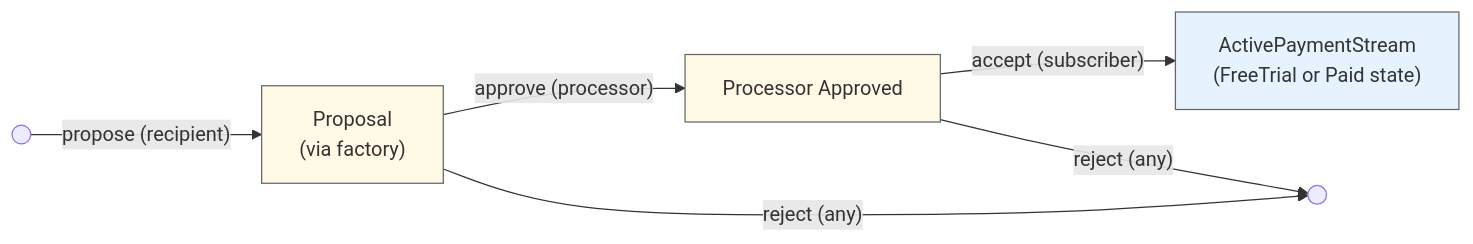
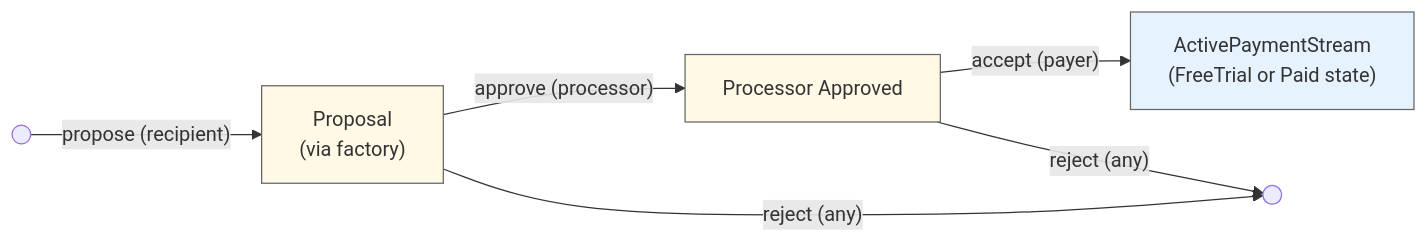
Before and after one commit to Fairmint/open-captable-protocol-daml: the second of 5 diagrams in CantonPayments/README.md, drawn with Mermaid. The commit also changed other lines of this file and 17 other files, not shown here.

````diff
--- a/CantonPayments/README.md
+++ b/CantonPayments/README.md
@@ -205,13 +205,13 @@
 ```mermaid
 flowchart LR
     Start(( )) --> |"propose (recipient)"| RP["Proposal<br>(via factory)"]
     RP -->|"approve (processor)"| PA[Processor Approved]
     RP -->|"reject (any)"| End(( ))
-    PA -->|"accept (subscriber)"| AS["ActivePaymentStream<br>(FreeTrial or Paid state)"]
+    PA -->|"accept (payer)"| AS["ActivePaymentStream<br>(FreeTrial or Paid state)"]
     PA -->|"reject (any)"| End
     
     classDef proposal fill:#fff9e6,stroke:#666
     classDef active fill:#e6f3ff,stroke:#666
     class RP,PA proposal
     class AS active
 ```
````
